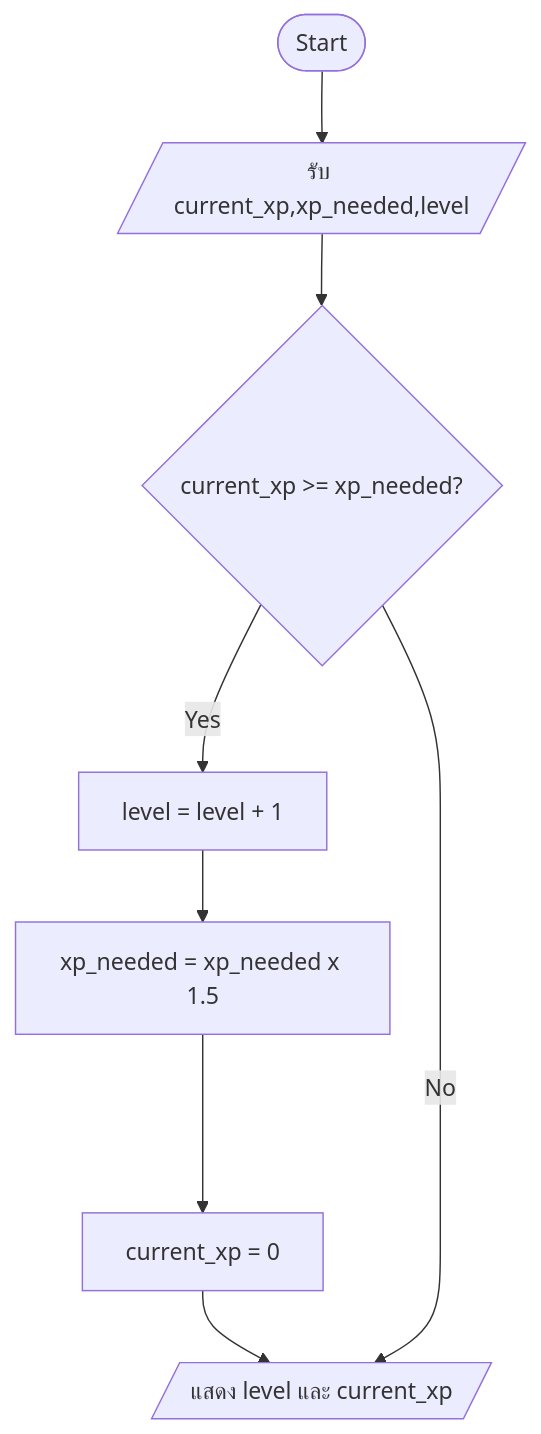
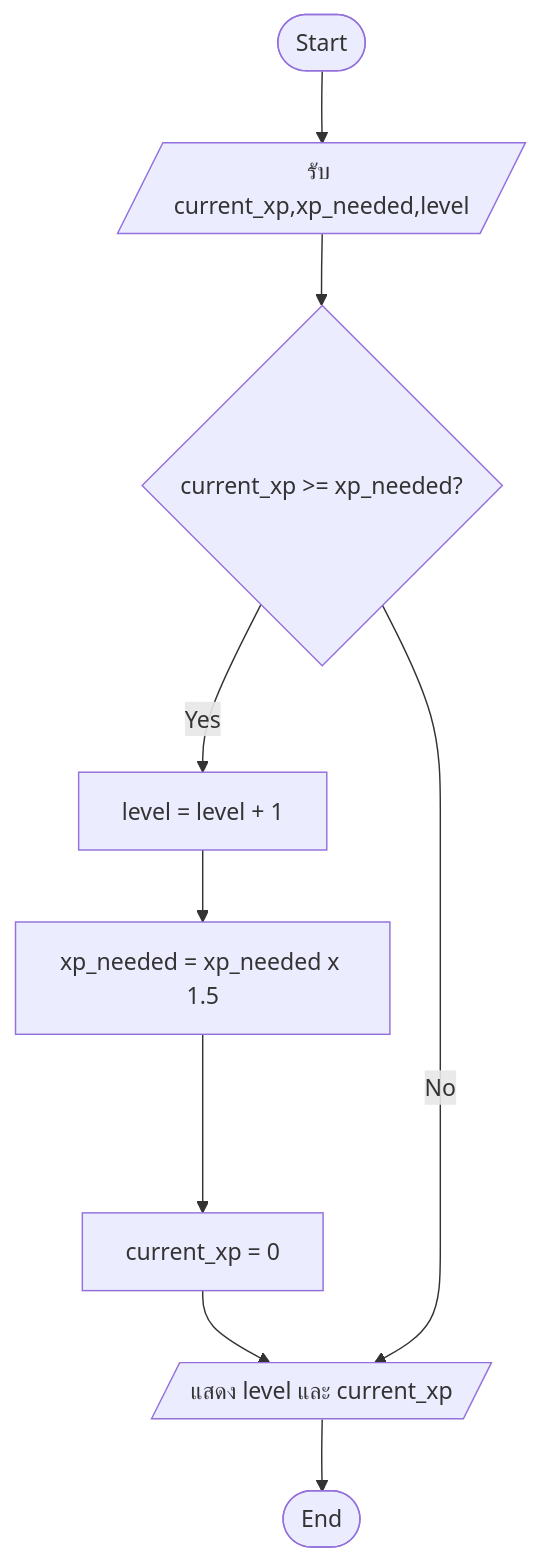
One commit to oRabbito-T/DG-111-166 changed the second of 2 diagrams in week02/ex03_game.md. Above: the diagram before and after it, drawn with Mermaid.

````diff
--- a/week02/ex03_game.md
+++ b/week02/ex03_game.md
@@ -18,10 +18,11 @@
 ```mermaid
 flowchart TD
   Start([Start]) --> Input[/รับ current_xp,xp_needed,level/]
   Input --> D1{current_xp >= xp_needed?}
   D1 --> |Yes| N1["level = level + 1"]
   N1 --> Xp1[" xp_needed = xp_needed x 1.5 "]
   Xp1 ---> Xp2["current_xp = 0"]
   Xp2 --> S[/แสดง level และ current_xp /]
   D1 --> |No| S[/แสดง level และ current_xp /]
+  S --> End([End])
 ```
````
